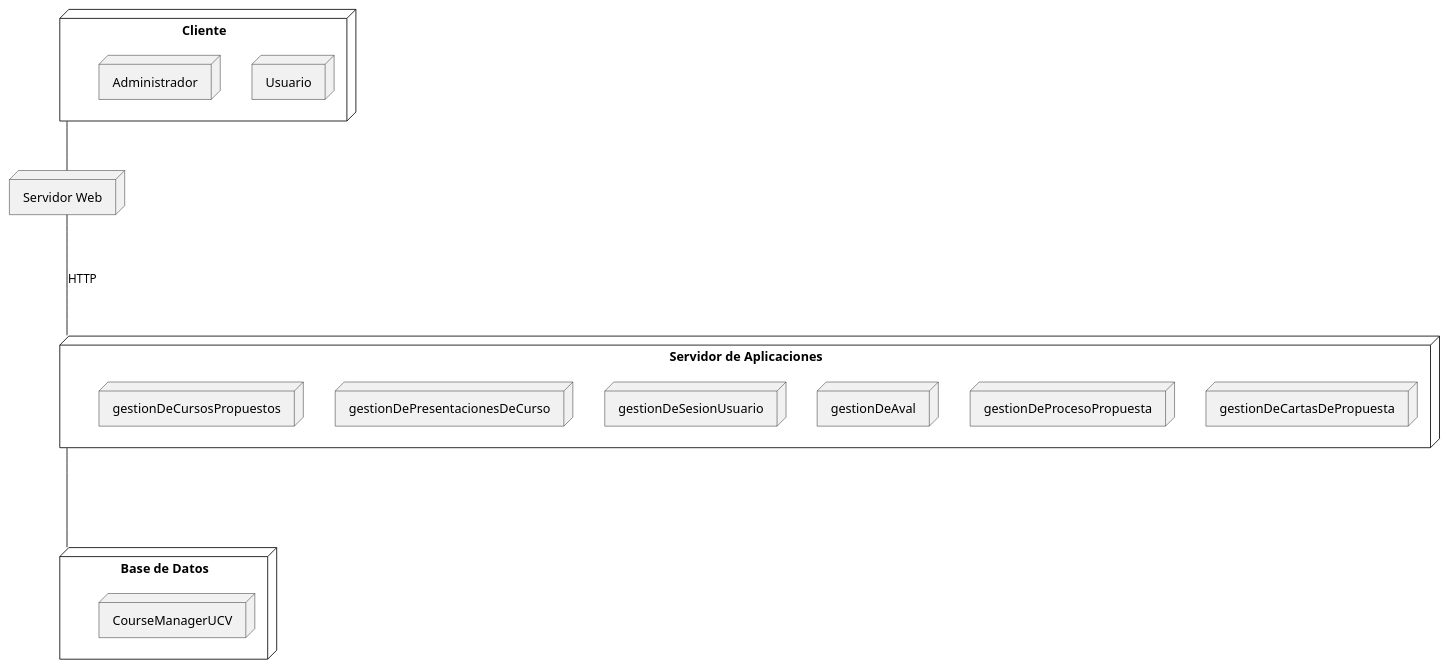
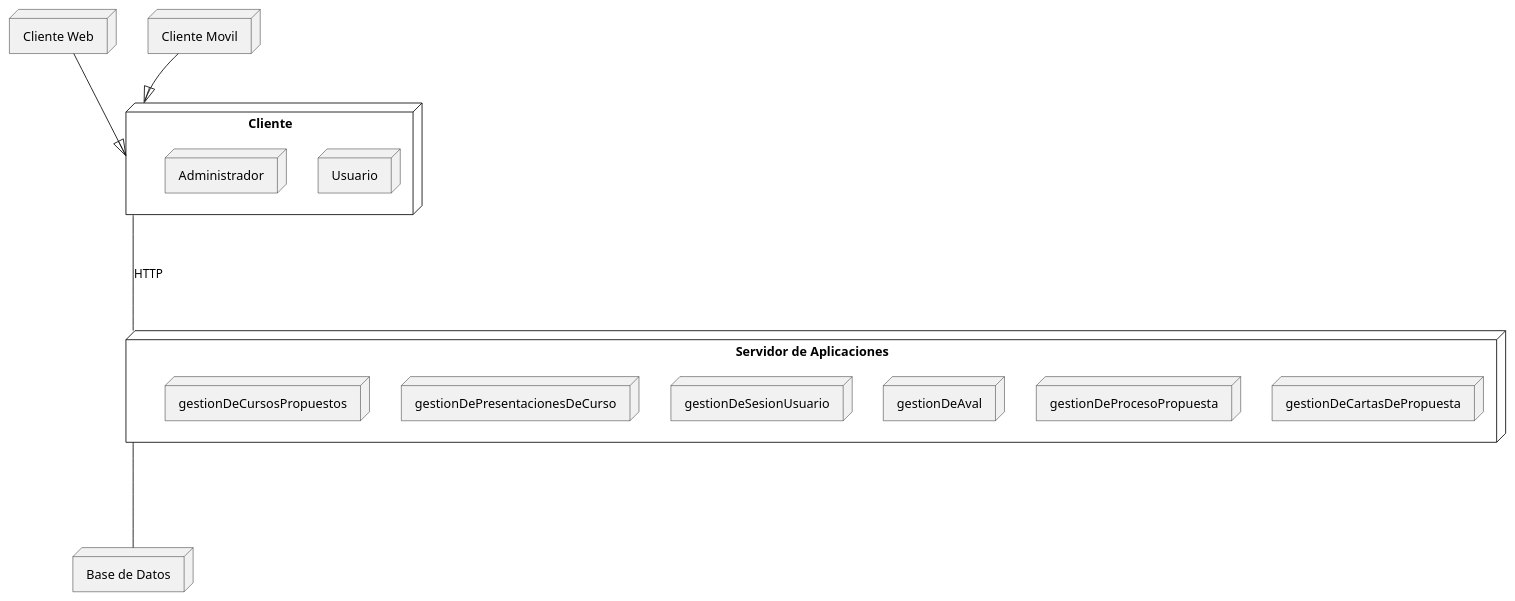
Before and after one commit to Samantha-Ramirez/ProyectoEquipo7ING: the diagram in docs/scenariosView/DisciplinaDeDisenio/DiagramaDeDespliegue.plantuml, drawn with PlantUML. The commit also changed 4 other files, not shown here.

Commit message:
Modificacion diagrama de paquetes y despliegue 2707

```diff
--- a/docs/scenariosView/DisciplinaDeDisenio/DiagramaDeDespliegue.plantuml
+++ b/docs/scenariosView/DisciplinaDeDisenio/DiagramaDeDespliegue.plantuml
@@ -1,57 +1,62 @@
 @startuml DiagramaDeDespliegue
 
-node "Cliente" {
+node "Cliente" as client {
   node "Usuario" {
   }
   node "Administrador" {
   }
 }
 
-node "Servidor Web" {
+node "Cliente Web" as webClient {
   
 }
 
-node "Servidor de Aplicaciones" {
+node "Cliente Movil" as mobileClient {
+  
+}
+
+node "Servidor de Aplicaciones" as appServer {
   node "gestionDeCartasDePropuesta" {
     ' [GenerarCartaDeCompromiso]
     ' [FirmarCartaDeIntencion]
   }
   
   node "gestionDeProcesoPropuesta" {
     ' [RegistrarRecaudos]
     ' [CargarFormulacionDelCursoDeExtension]
   }
 
   node "gestionDeAval" {
     ' [EvaluarInformacionConsignada]
     ' [ResponderEvaluacionDeAval]
   }
 
   node "gestionDeSesionUsuario" {
     ' [IniciarSesion]
     ' [Registrarse]
     ' [VerDashboard]
     ' [CerrarSesion]
   }
 
   node "gestionDePresentacionesDeCurso" {
     ' [PresentarCronogramaDeEjecucion]
     ' [PresentarEstructuraDeCostosEIngreso]
   }
 
   node "gestionDeCursosPropuestos" {
     ' [VerEstadoDeAval]
     ' [VerCursosPropuestos]
     ' [VerExpediente]
   }
 }
 
-node "Base de Datos" {
-  node "CourseManagerUCV" {
-  }
+node "Base de Datos" as db {
+  ' node "CourseManagerUCV" {
+  ' }
 }
-[Cliente] -- [Servidor Web]
-[Servidor Web] -d-- [Servidor de Aplicaciones] : HTTP
-[Servidor de Aplicaciones] -d-- [Base de Datos]
+webClient --|> client
+mobileClient --|> client
+client -d-- appServer : HTTP
+appServer -d-- db
 
 @enduml
```
